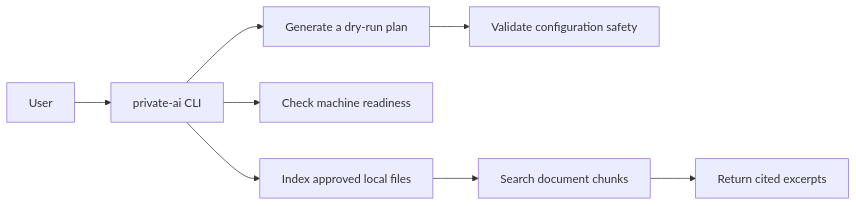
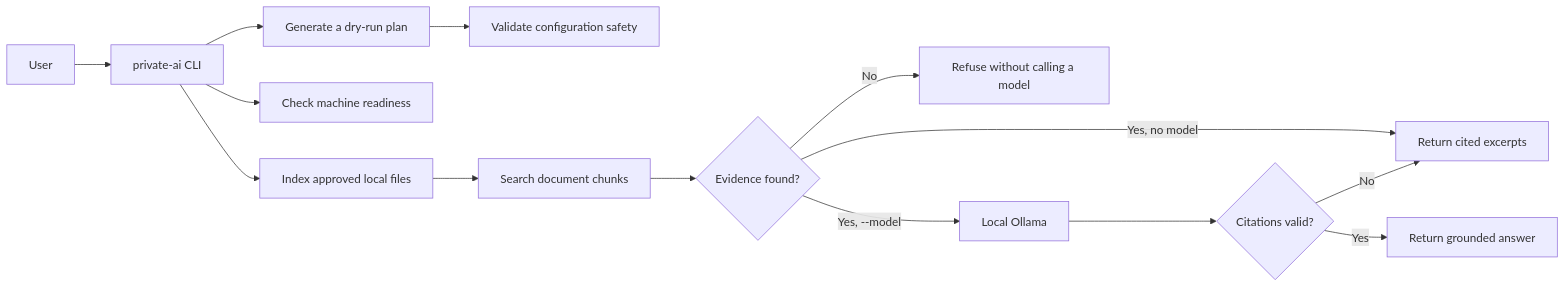
One commit to samasaikumarreddy/private-ai-architect changed the second of 5 diagrams in docs/beginner-guide.md. Above: the diagram before and after it, drawn with Mermaid. The commit also changed other lines of this file, not shown here.

````diff
--- a/docs/beginner-guide.md
+++ b/docs/beginner-guide.md
@@ -78,10 +80,16 @@
 ```mermaid
 flowchart LR
     U["User"] --> CLI["private-ai CLI"]
     CLI --> PLAN["Generate a dry-run plan"]
     CLI --> CHECK["Check machine readiness"]
     CLI --> INDEX["Index approved local files"]
     PLAN --> VALIDATE["Validate configuration safety"]
     INDEX --> SEARCH["Search document chunks"]
-    SEARCH --> RESULT["Return cited excerpts"]
+    SEARCH --> EVIDENCE{"Evidence found?"}
+    EVIDENCE -->|No| REFUSE["Refuse without calling a model"]
+    EVIDENCE -->|Yes, no model| RESULT["Return cited excerpts"]
+    EVIDENCE -->|Yes, --model| MODEL["Local Ollama"]
+    MODEL --> CITATIONS{"Citations valid?"}
+    CITATIONS -->|Yes| ANSWER["Return grounded answer"]
+    CITATIONS -->|No| RESULT
 ```
````
